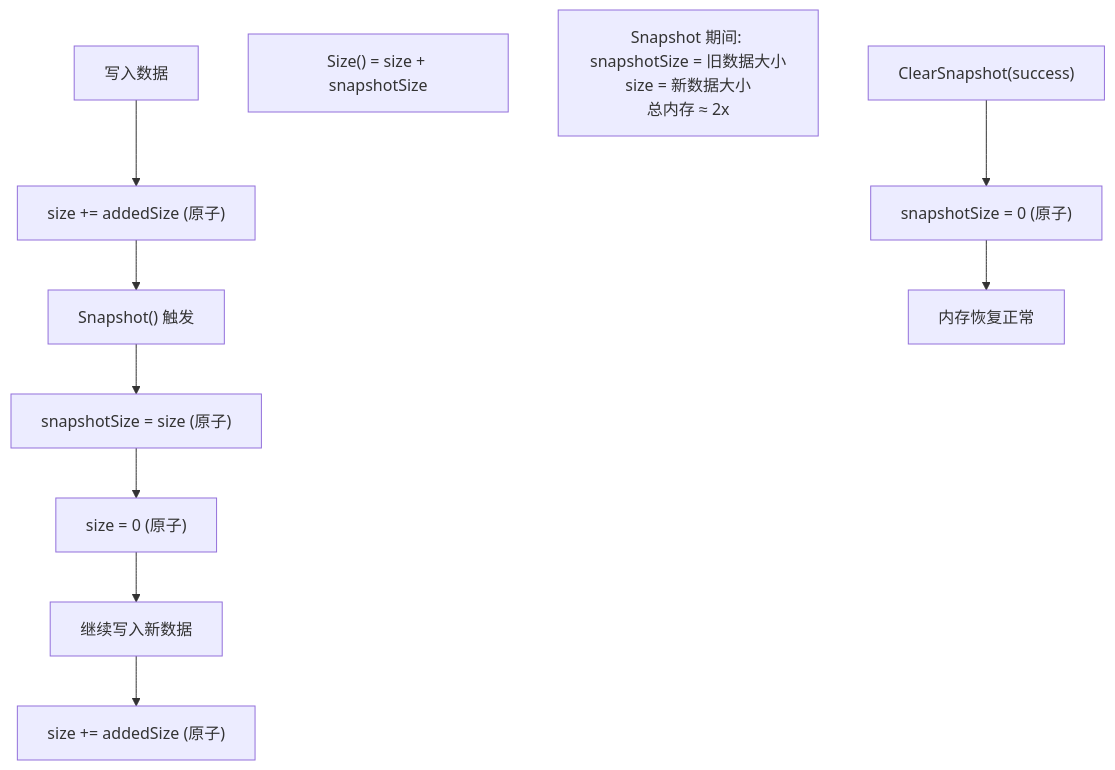
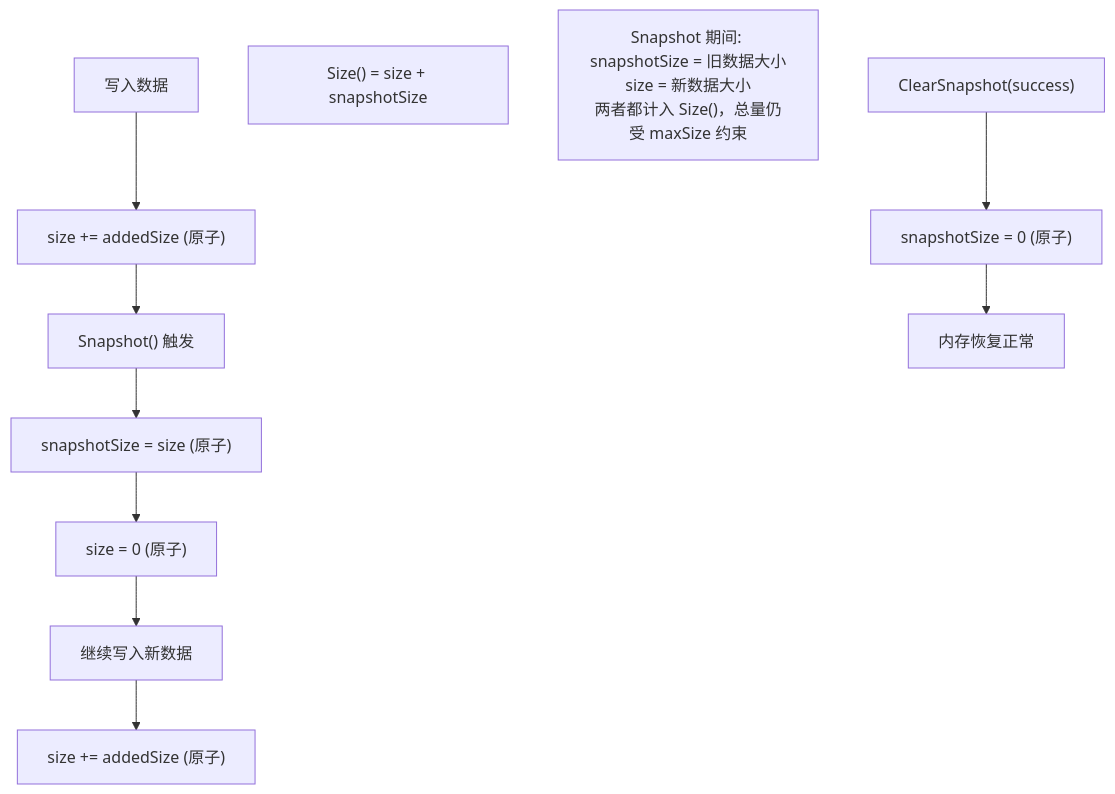
One commit to stefanv5/influxdb changed the sixth of 12 diagrams in docs/specs/15_ring_cache_concurrency_spec.md. Above: the diagram before and after it, drawn with Mermaid. The commit also changed other lines of this file and 16 other files, not shown here.

First line of the commit message:
docs: correct and deepen the 17 architecture specs

````diff
--- a/docs/specs/15_ring_cache_concurrency_spec.md
+++ b/docs/specs/15_ring_cache_concurrency_spec.md
@@ -782,16 +786,16 @@
 ```mermaid
 flowchart TD
     A["写入数据"] --> B["size += addedSize (原子)"]
     B --> C["Snapshot() 触发"]
     C --> D["snapshotSize = size (原子)"]
     D --> E["size = 0 (原子)"]
     E --> F["继续写入新数据"]
     F --> G["size += addedSize (原子)"]
 
     H["Size() = size + snapshotSize"]
-    Note["Snapshot 期间: snapshotSize = 旧数据大小<br>size = 新数据大小<br>总内存 ≈ 2x"]
+    Note["Snapshot 期间: snapshotSize = 旧数据大小<br>size = 新数据大小<br>两者都计入 Size()，总量仍受 maxSize 约束"]
 
     I["ClearSnapshot(success)"]
     I --> J["snapshotSize = 0 (原子)"]
     J --> K["内存恢复正常"]
 ```
````
